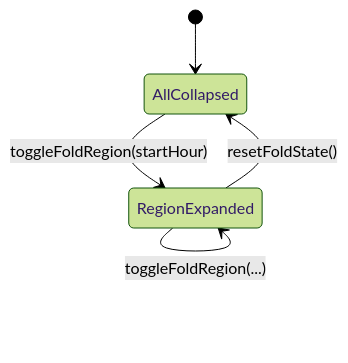
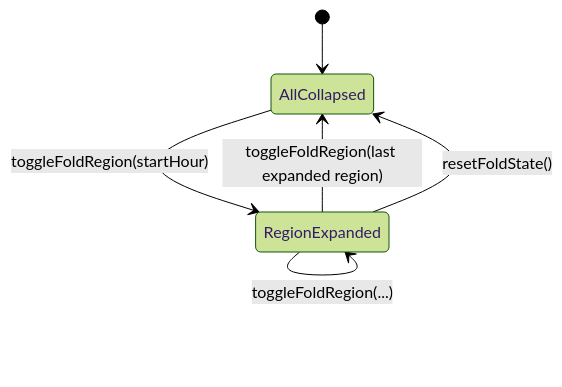
The sixth of 7 diagrams in lib/features/daily_os/README.md (matthiasn/lotti), drawn with Mermaid (forest theme) before and after one commit. The commit also changed other lines of this file and 43 other files, not shown here.

````diff
--- a/lib/features/daily_os/README.md
+++ b/lib/features/daily_os/README.md
@@ -216,7 +219,8 @@
 ```mermaid
 stateDiagram-v2
   [*] --> AllCollapsed
   AllCollapsed --> RegionExpanded: toggleFoldRegion(startHour)
   RegionExpanded --> RegionExpanded: toggleFoldRegion(...)
+  RegionExpanded --> AllCollapsed: toggleFoldRegion(last expanded region)
   RegionExpanded --> AllCollapsed: resetFoldState()
 ```
````
